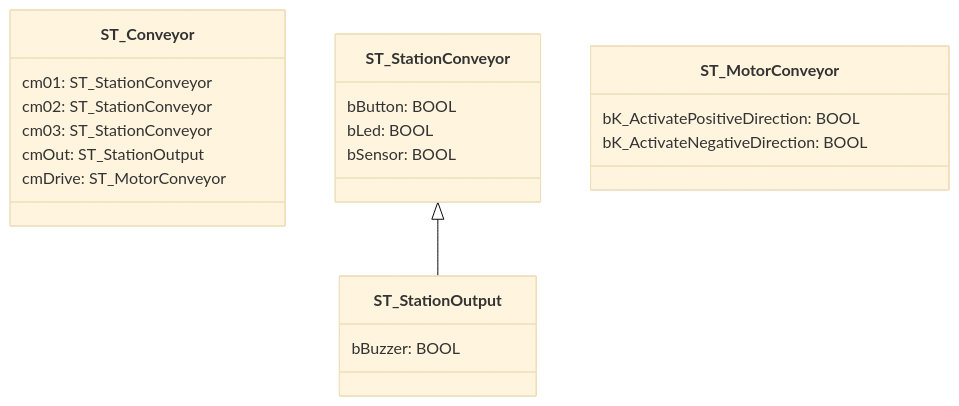
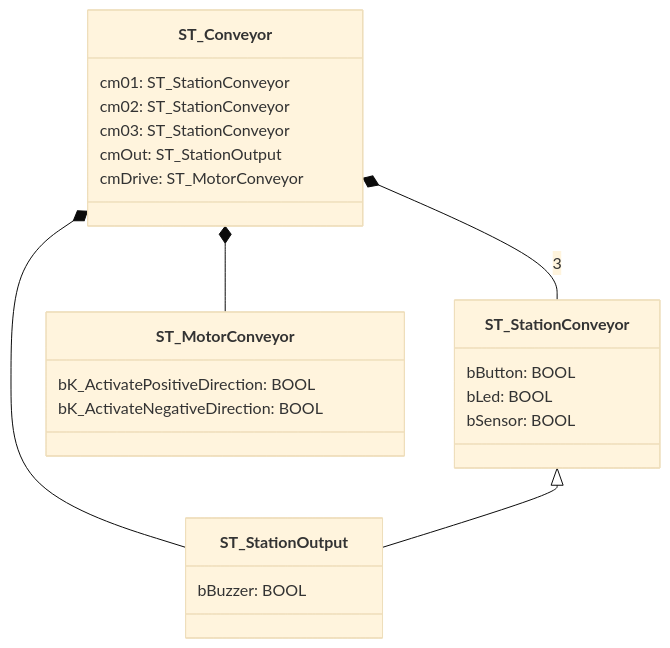
Before and after one commit to hei-synd-autb/autb-lab-02_2025: the second of 3 diagrams in README_DE.md, drawn with Mermaid (base theme). The commit also changed 1 other file, not shown here.

Commit message:
Completed Conveyor

````diff
--- a/README_DE.md
+++ b/README_DE.md
@@ -68,24 +68,28 @@
 ```mermaid
 classDiagram
     class ST_Conveyor {
         cm01: ST_StationConveyor
         cm02: ST_StationConveyor
         cm03: ST_StationConveyor
         cmOut: ST_StationOutput
         cmDrive: ST_MotorConveyor
     }
     class ST_StationConveyor {
         bButton: BOOL
         bLed: BOOL
         bSensor: BOOL
     }
     class ST_StationOutput {
         bBuzzer: BOOL
     }
     class ST_MotorConveyor {
         bK_ActivatePositiveDirection: BOOL
         bK_ActivateNegativeDirection: BOOL
     }
 
+    ST_Conveyor *-- ST_StationConveyor : 3
+    ST_Conveyor *-- ST_StationOutput
+    ST_Conveyor *-- ST_MotorConveyor
+
     ST_StationConveyor <|-- ST_StationOutput
 ```
````
